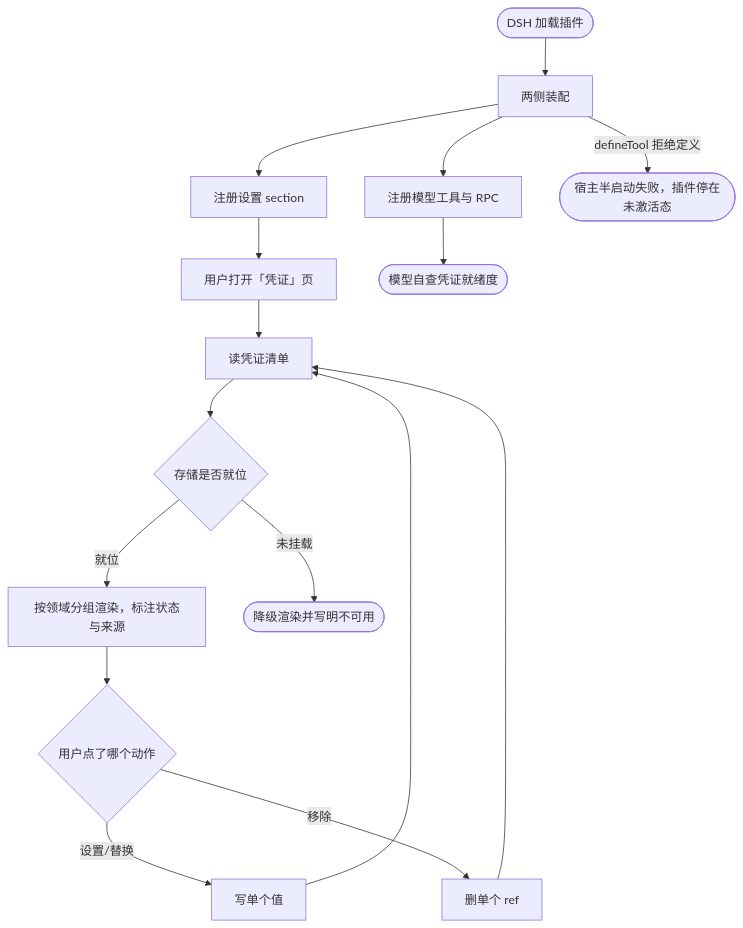
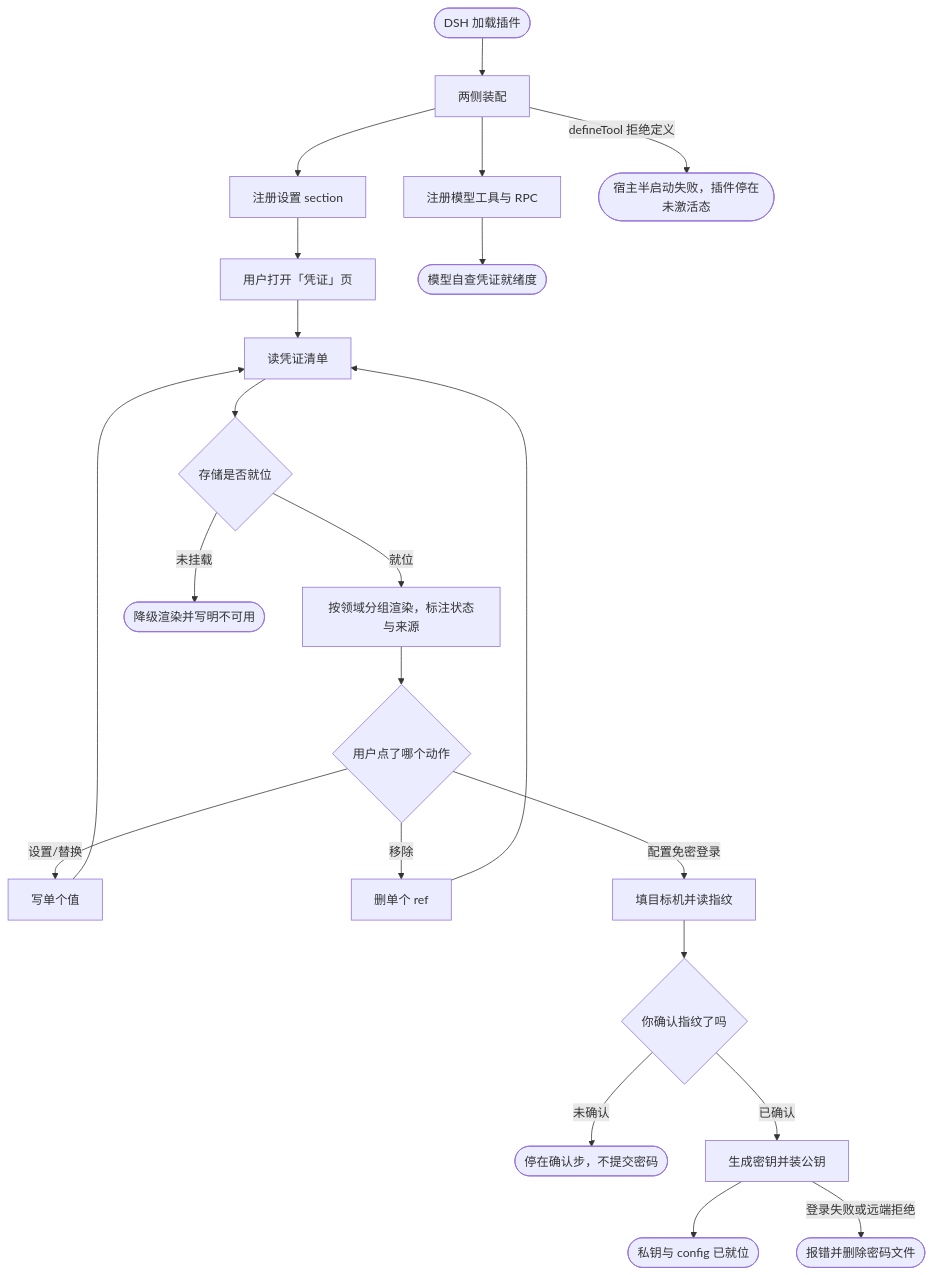
The diagram in assets/projects/dsh-credentials/feature-flow.md (yunjies/knowledge-base), drawn with Mermaid before and after one commit. The commit also changed other lines of this file, not shown here.

````diff
--- a/assets/projects/dsh-credentials/feature-flow.md
+++ b/assets/projects/dsh-credentials/feature-flow.md
@@ -9,18 +9,24 @@
 ```mermaid
 flowchart TB
   START(["DSH 加载插件"]) --> MOUNT["两侧装配"]
   MOUNT --> SECTION["注册设置 section"]
   MOUNT --> TOOL["注册模型工具与 RPC"]
   MOUNT -->|"defineTool 拒绝定义"| MOUNT_FAIL(["宿主半启动失败，插件停在未激活态"])
   SECTION --> OPEN["用户打开「凭证」页"]
   OPEN --> LIST["读凭证清单"]
   LIST --> RENDER{"存储是否就位"}
   RENDER -->|"就位"| GRID["按领域分组渲染，标注状态与来源"]
   RENDER -->|"未挂载"| DEGRADE(["降级渲染并写明不可用"])
   GRID --> ACTION{"用户点了哪个动作"}
   ACTION -->|"设置/替换"| WRITE["写单个值"]
   ACTION -->|"移除"| UNSET["删单个 ref"]
+  ACTION -->|"配置免密登录"| BSSELECT["填目标机并读指纹"]
   WRITE --> LIST
   UNSET --> LIST
+  BSSELECT --> BSCONFIRM{"你确认指纹了吗"}
+  BSCONFIRM -->|"未确认"| BSWAIT(["停在确认步，不提交密码"])
+  BSCONFIRM -->|"已确认"| BSINSTALL["生成密钥并装公钥"]
+  BSINSTALL --> BSDONE(["私钥与 config 已就位"])
+  BSINSTALL -->|"登录失败或远端拒绝"| BSFAIL(["报错并删除密码文件"])
   TOOL --> PROBE(["模型自查凭证就绪度"])
 ```
````
